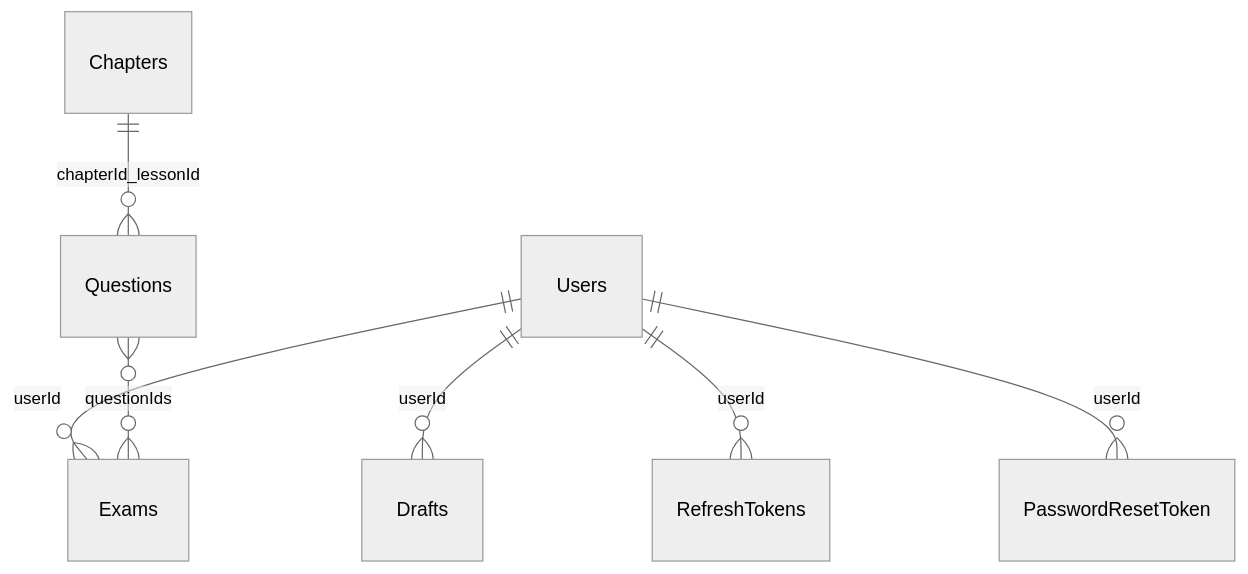
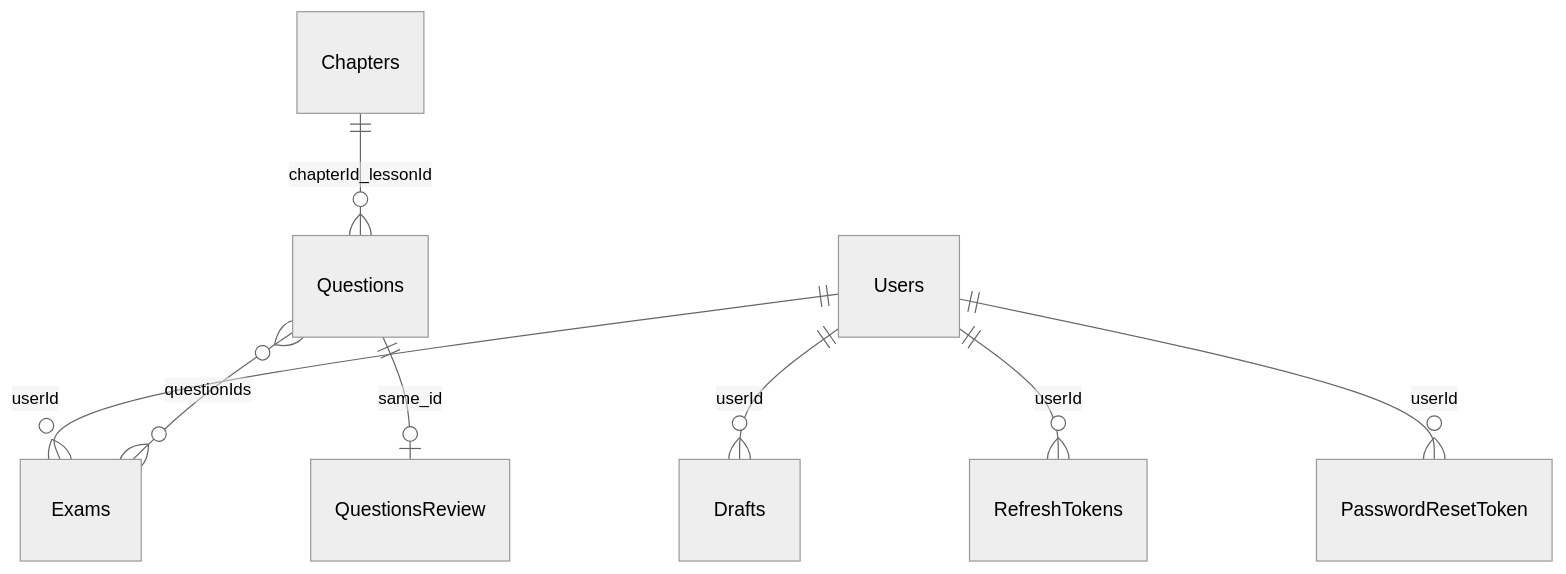
The diagram in codex/database-schema.md (dnson384/WEdu), drawn with Mermaid (neutral theme) before and after one commit. The commit also changed other lines of this file and 21 other files, not shown here.

````diff
--- a/codex/database-schema.md
+++ b/codex/database-schema.md
@@ -32,9 +39,10 @@
 ```mermaid
 erDiagram
   Users ||--o{ Drafts : userId
   Users ||--o{ Exams : userId
   Users ||--o{ RefreshTokens : userId
   Users ||--o{ PasswordResetToken : userId
   Chapters ||--o{ Questions : chapterId_lessonId
   Questions }o--o{ Exams : questionIds
+  Questions ||--o| QuestionsReview : same_id
 ```
````
